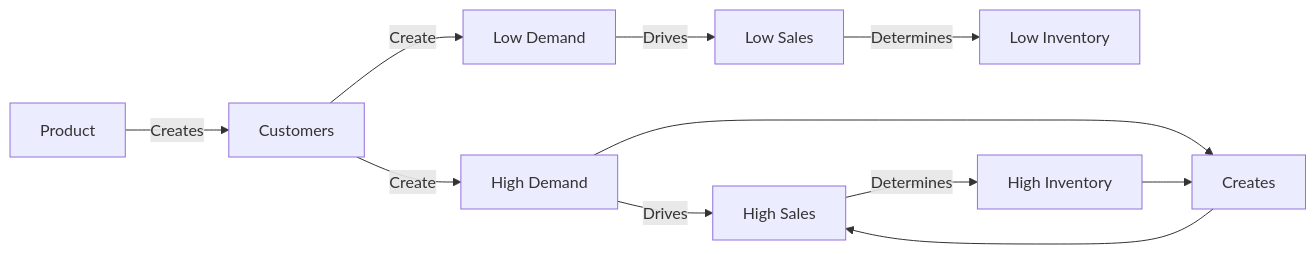
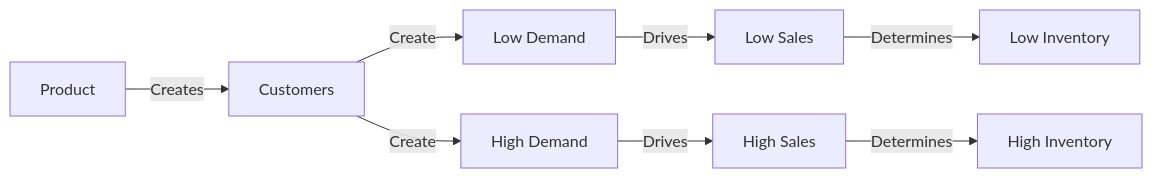
Before and after one commit to ryanbullock02/NikeStore_ERD.md: the diagram in README.md, drawn with Mermaid.

````diff
--- a/README.md
+++ b/README.md
@@ -4,15 +4,12 @@
 ```mermaid
 flowchart LR
   a[Product] --"Creates"--> b[Customers]
   b --"Create"--> c[Low Demand]
   c --"Drives"--> e[Low Sales]
   b --"Create"--> d[High Demand]
   d --"Drives"--> f[High Sales]
   e --"Determines"--> g[Low Inventory]
   f --"Determines"--> h[High Inventory]
 
-  A[Creates] --> f
-  
-  d --> A
-  h --> A
+
   ```
````
